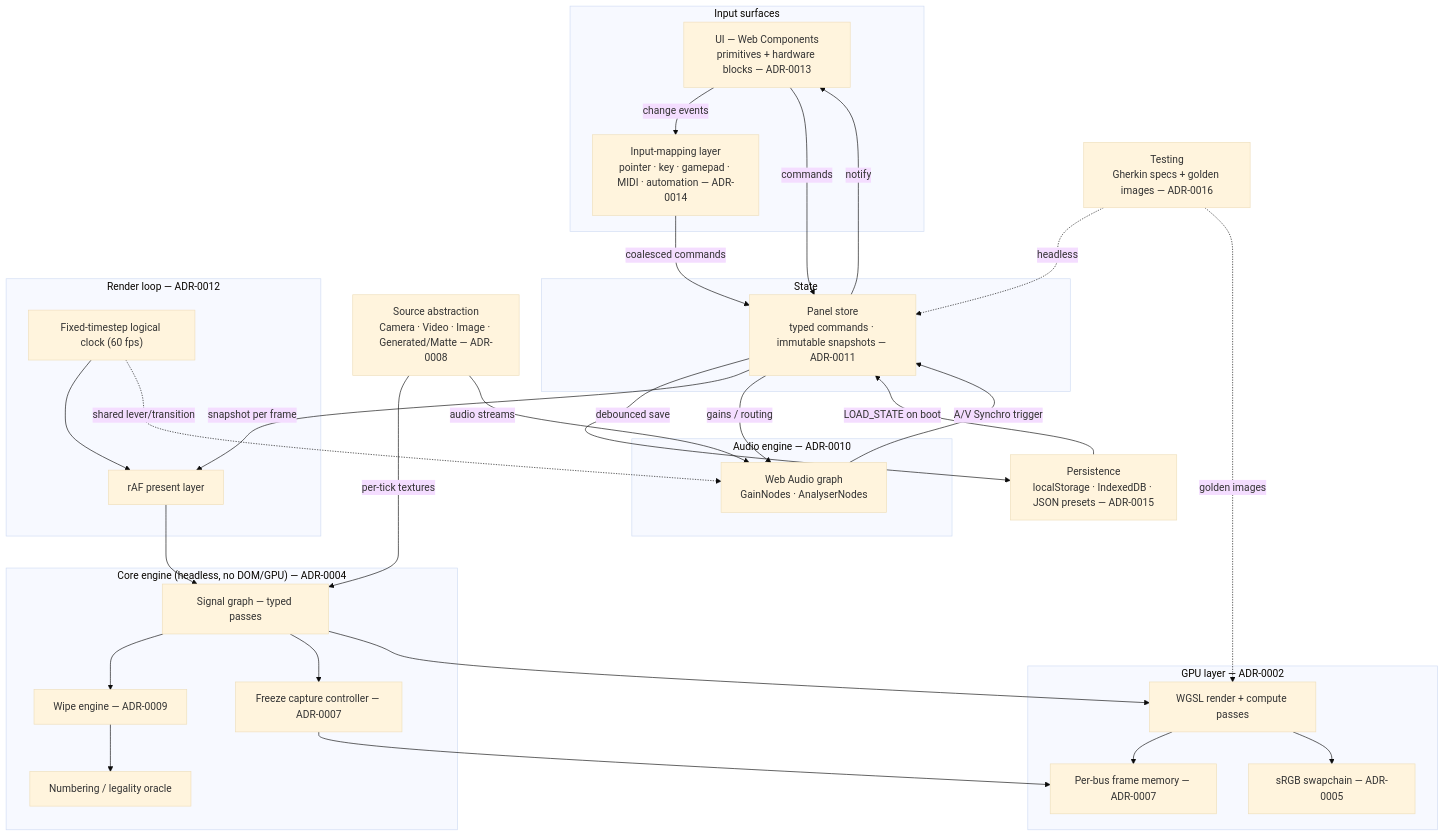
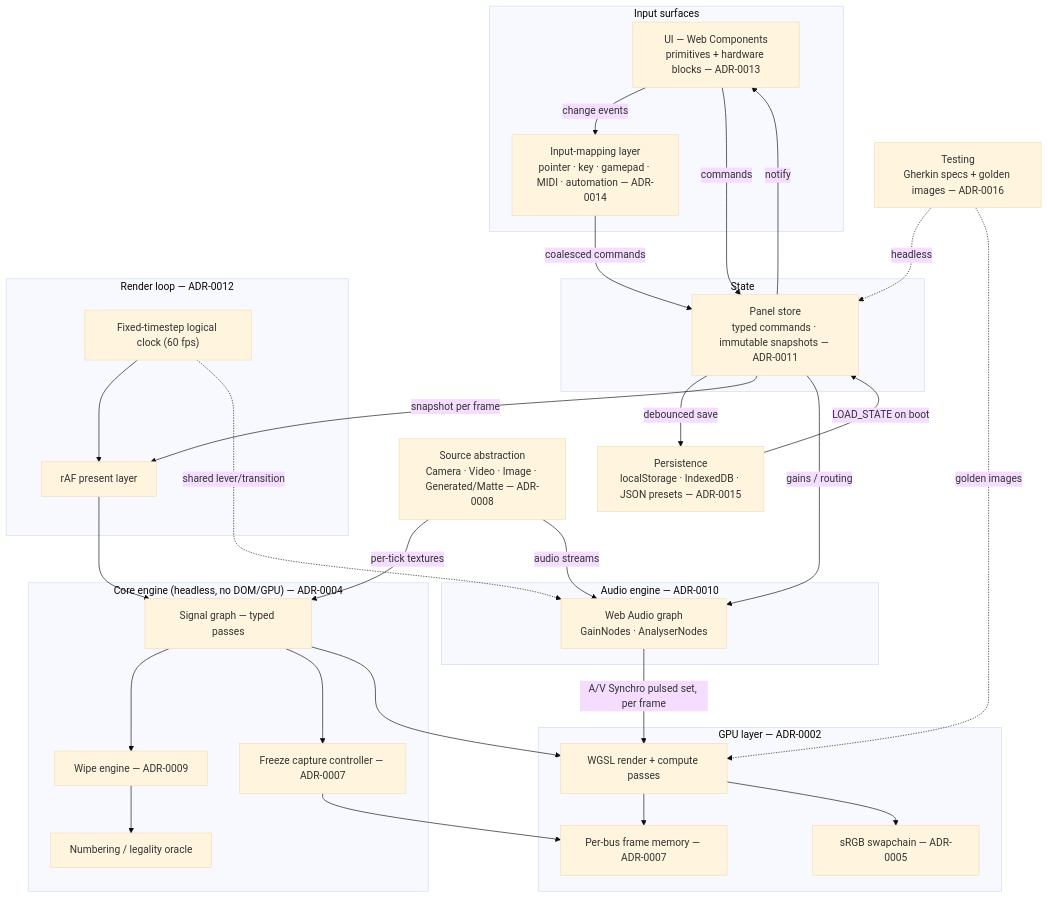
One commit to sebs/webgpu-mx-50 changed the second of 2 diagrams in docs/architecture.md. Above: the diagram before and after it, drawn with Mermaid (base theme). The commit also changed 35 other files, not shown here.

````diff
--- a/docs/architecture.md
+++ b/docs/architecture.md
@@ -177,65 +177,65 @@
 ```mermaid
 flowchart TB
     subgraph INPUT["Input surfaces"]
         UI["UI — Web Components<br/>primitives + hardware blocks — ADR-0013"]
         MAP["Input-mapping layer<br/>pointer · key · gamepad · MIDI · automation — ADR-0014"]
     end
 
     subgraph STATE["State"]
         STORE["Panel store<br/>typed commands · immutable snapshots — ADR-0011"]
     end
 
     subgraph CORE["Core engine (headless, no DOM/GPU) — ADR-0004"]
         GRAPH["Signal graph — typed passes"]
         WIPE["Wipe engine — ADR-0009"]
         FREEZE["Freeze capture controller — ADR-0007"]
         NUM["Numbering / legality oracle"]
     end
 
     subgraph GPU["GPU layer — ADR-0002"]
         PASSES["WGSL render + compute passes"]
         FRAMEMEM["Per-bus frame memory — ADR-0007"]
         CANVAS["sRGB swapchain — ADR-0005"]
     end
 
     subgraph LOOP["Render loop — ADR-0012"]
         CLOCK["Fixed-timestep logical clock (60 fps)"]
         PRESENT["rAF present layer"]
     end
 
     SOURCES["Source abstraction<br/>Camera · Video · Image · Generated/Matte — ADR-0008"]
 
     subgraph AUDIO["Audio engine — ADR-0010"]
         AGRAPH["Web Audio graph<br/>GainNodes · AnalyserNodes"]
     end
 
     PERSIST["Persistence<br/>localStorage · IndexedDB · JSON presets — ADR-0015"]
     TEST["Testing<br/>Gherkin specs + golden images — ADR-0016"]
 
     UI -->|change events| MAP
     UI -->|commands| STORE
     MAP -->|coalesced commands| STORE
     STORE -->|notify| UI
     STORE -->|debounced save| PERSIST
     PERSIST -->|LOAD_STATE on boot| STORE
 
     CLOCK --> PRESENT
     STORE -->|snapshot per frame| PRESENT
     PRESENT --> GRAPH
     GRAPH --> WIPE
     GRAPH --> FREEZE
     WIPE --> NUM
     GRAPH --> PASSES
     FREEZE --> FRAMEMEM
     PASSES --> FRAMEMEM
     PASSES --> CANVAS
 
     SOURCES -->|per-tick textures| GRAPH
     SOURCES -->|audio streams| AGRAPH
     STORE -->|gains / routing| AGRAPH
-    AGRAPH -->|A/V Synchro trigger| STORE
+    AGRAPH -->|A/V Synchro pulsed set, per frame| PASSES
     CLOCK -.shared lever/transition.-> AGRAPH
 
     TEST -.->|headless| STORE
     TEST -.->|golden images| PASSES
 ```
````
